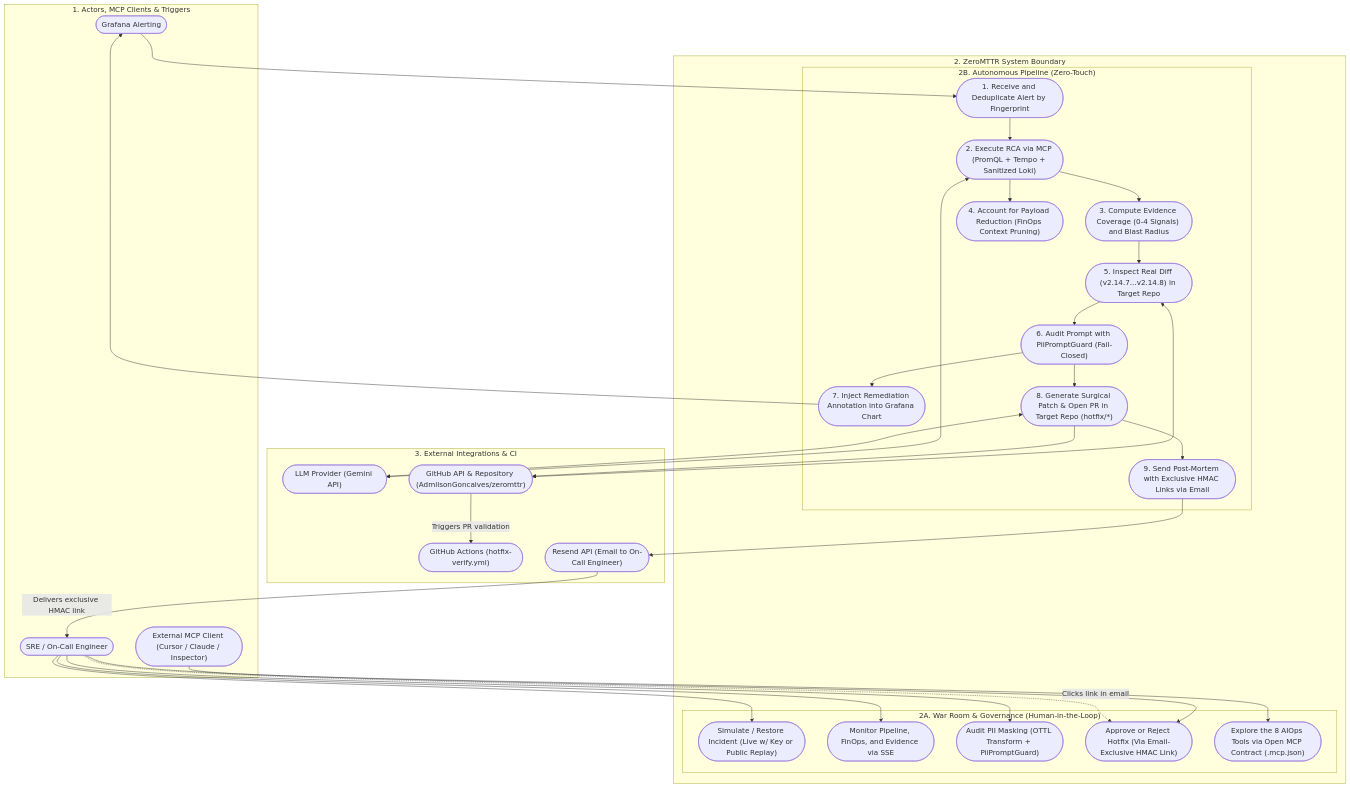
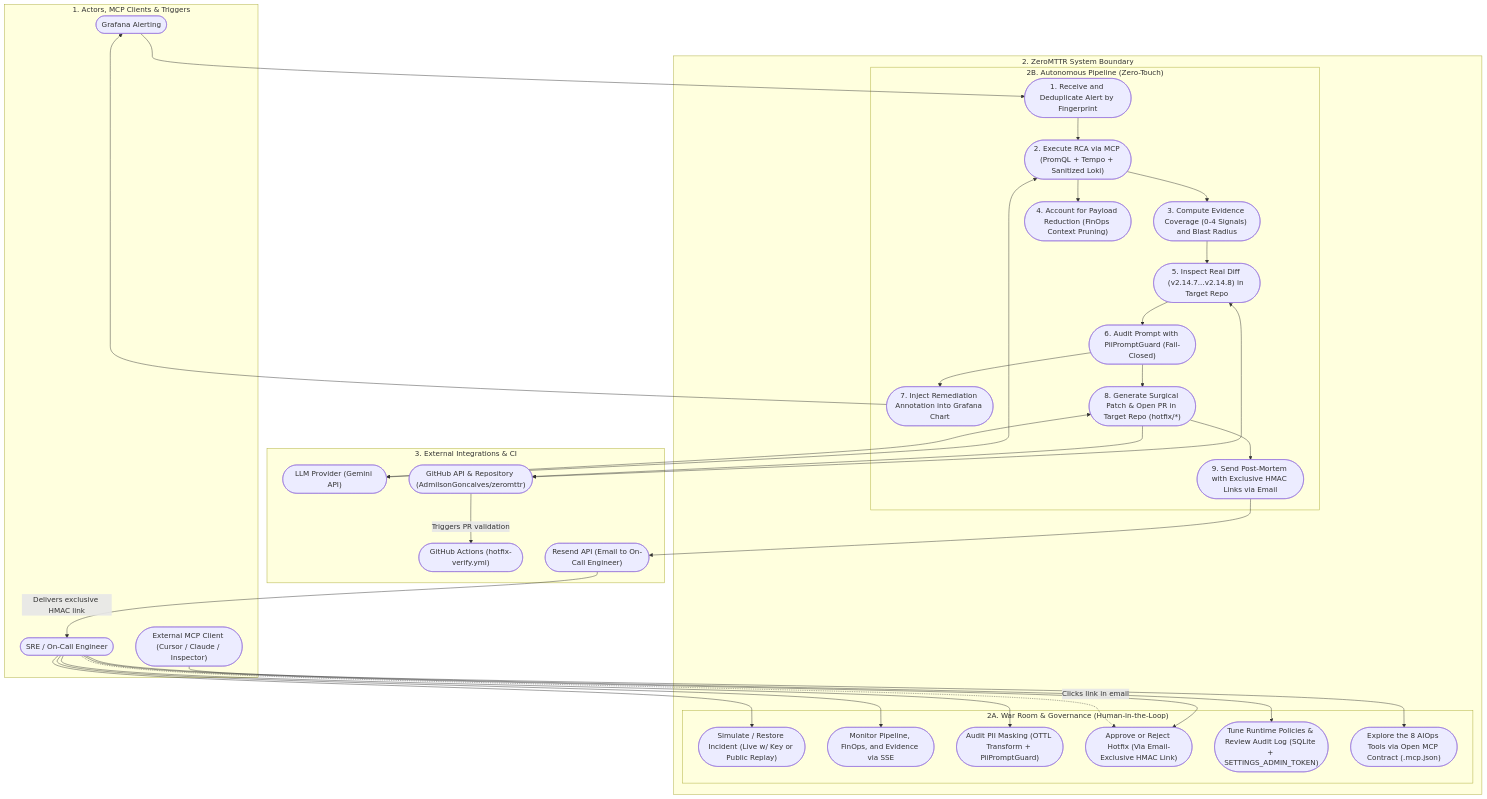
Before and after one commit to AdmilsonGoncalves/zeromttr: the first of 6 diagrams in docs/en-US/01_system_diagrams.md, drawn with Mermaid. The commit also changed other lines of this file and 31 other files, not shown here.

First line of the commit message:
docs: sync READMEs, architecture, ADRs and tech specs in PT/EN/ES

````diff
--- a/docs/en-US/01_system_diagrams.md
+++ b/docs/en-US/01_system_diagrams.md
@@ -16,68 +16,70 @@
 ```mermaid
 flowchart TD
     subgraph Actors["1. Actors, MCP Clients & Triggers"]
         SRE(["SRE / On-Call Engineer"])
         EXT_MCP(["External MCP Client (Cursor / Claude / Inspector)"])
         GRAF(["Grafana Alerting"])
     end
 
     subgraph ZeroMTTR_Boundary["2. ZeroMTTR System Boundary"]
         subgraph Interactive_Operation["2A. War Room & Governance (Human-in-the-Loop)"]
             UC_SIM(["Simulate / Restore Incident (Live w/ Key or Public Replay)"])
             UC_MON(["Monitor Pipeline, FinOps, and Evidence via SSE"])
             UC_PII(["Audit PII Masking (OTTL Transform + PiiPromptGuard)"])
             UC_DEC(["Approve or Reject Hotfix (Via Email-Exclusive HMAC Link)"])
+            UC_CFG(["Tune Runtime Policies & Review Audit Log (SQLite + SETTINGS_ADMIN_TOKEN)"])
             UC_EXT(["Explore the 8 AIOps Tools via Open MCP Contract (.mcp.json)"])
         end
 
         subgraph Autonomous_Pipeline["2B. Autonomous Pipeline (Zero-Touch)"]
             UC_ALT(["1. Receive and Deduplicate Alert by Fingerprint"])
             UC_RCA(["2. Execute RCA via MCP (PromQL + Tempo + Sanitized Loki)"])
             UC_COV(["3. Compute Evidence Coverage (0-4 Signals) and Blast Radius"])
             UC_FIN(["4. Account for Payload Reduction (FinOps Context Pruning)"])
             UC_DIFF(["5. Inspect Real Diff (v2.14.7...v2.14.8) in Target Repo"])
             UC_GUARD(["6. Audit Prompt with PiiPromptGuard (Fail-Closed)"])
             UC_ANN(["7. Inject Remediation Annotation into Grafana Chart"])
             UC_PR(["8. Generate Surgical Patch & Open PR in Target Repo (hotfix/*)"])
             UC_NOT(["9. Send Post-Mortem with Exclusive HMAC Links via Email"])
         end
     end
 
     subgraph External_Providers["3. External Integrations & CI"]
         LLM(["LLM Provider (Gemini API)"])
         GH(["GitHub API & Repository (AdmilsonGoncalves/zeromttr)"])
         GHCI(["GitHub Actions (hotfix-verify.yml)"])
         RS(["Resend API (Email to On-Call Engineer)"])
     end
 
     %% SRE and External MCP Client Actions
     SRE --> UC_SIM
     SRE --> UC_MON
     SRE --> UC_PII
     SRE --> UC_DEC
+    SRE --> UC_CFG
     EXT_MCP --> UC_EXT
 
     %% Grafana Trigger
     GRAF --> UC_ALT
 
     %% Autonomous Flow
     UC_ALT --> UC_RCA
     UC_RCA --> UC_COV
     UC_RCA --> UC_FIN
     UC_COV --> UC_DIFF
     UC_DIFF --> UC_GUARD
     UC_GUARD --> UC_ANN
     UC_GUARD --> UC_PR
     UC_PR --> UC_NOT
 
     %% External Integrations
     UC_RCA <--> LLM
     UC_DIFF <--> GH
     UC_ANN --> GRAF
     UC_PR <--> LLM
     UC_PR --> GH
     GH -->|"Triggers PR validation"| GHCI
     UC_NOT --> RS
     RS -->|"Delivers exclusive HMAC link"| SRE
     SRE -.->|"Clicks link in email"| UC_DEC
 ```
````
